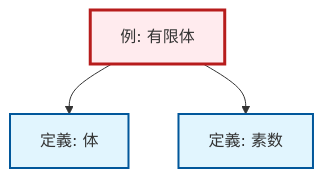
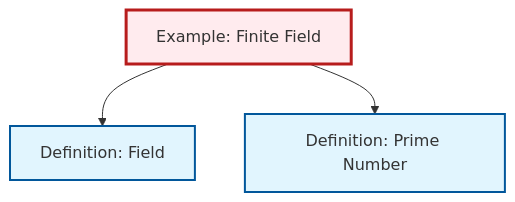
One commit to RK0429/ModernMath changed the diagram in content/ja/algebra/ex-finite-field.qmd. Above: the diagram before and after it, drawn with Mermaid. The commit also changed 203 other files, not shown here.

````diff
--- a/content/ja/algebra/ex-finite-field.qmd
+++ b/content/ja/algebra/ex-finite-field.qmd
@@ -60,18 +60,15 @@
 ```{mermaid}
-%%| fig-cap: "局所依存関係グラフ"
+%%| fig-cap: "Local dependency graph"
 graph TD
     classDef definition fill:#e1f5fe,stroke:#01579b,stroke-width:2px
     classDef theorem fill:#f3e5f5,stroke:#4a148c,stroke-width:2px
     classDef axiom fill:#fff3e0,stroke:#e65100,stroke-width:2px
     classDef example fill:#e8f5e9,stroke:#1b5e20,stroke-width:2px
     classDef current fill:#ffebee,stroke:#b71c1c,stroke-width:3px
-    ex-finite-field["例: 有限体"]:::example
-    def-field["定義: 体"]:::definition
-    def-prime["定義: 素数"]:::definition
+    def-prime["Definition: Prime Number"]:::definition
+    ex-finite-field["Example: Finite Field"]:::example
+    def-field["Definition: Field"]:::definition
     ex-finite-field --> def-field
     ex-finite-field --> def-prime
     class ex-finite-field current
-
-    click def-field "def-field.html" "Go to 定義: 体"
-    click def-prime "def-prime.html" "Go to 定義: 素数"
 ```
````
